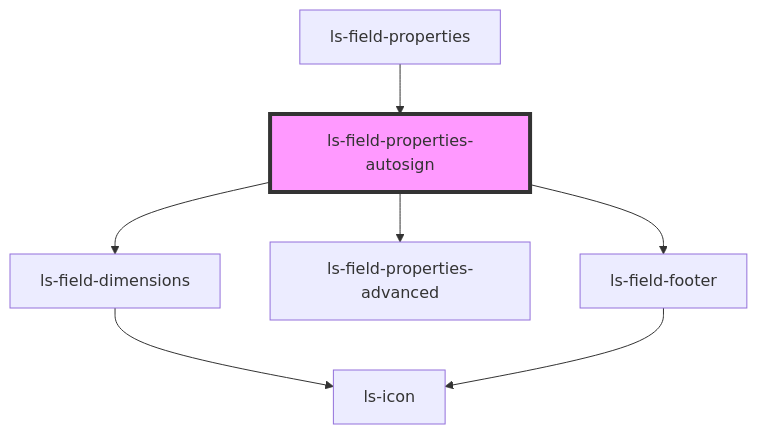
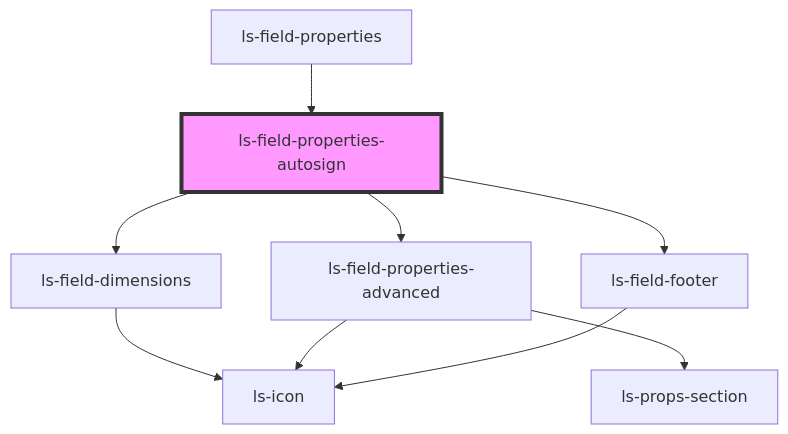
Before and after one commit to legalesign/ls-document-viewer: the diagram in src/components/ls-field-properties-autosign/readme.md, drawn with Mermaid. The commit also changed 31 other files, not shown here.

````diff
--- a/src/components/ls-field-properties-autosign/readme.md
+++ b/src/components/ls-field-properties-autosign/readme.md
@@ -28,10 +28,12 @@
 ```mermaid
 graph TD;
   ls-field-properties-autosign --> ls-field-dimensions
   ls-field-properties-autosign --> ls-field-properties-advanced
   ls-field-properties-autosign --> ls-field-footer
   ls-field-dimensions --> ls-icon
+  ls-field-properties-advanced --> ls-icon
+  ls-field-properties-advanced --> ls-props-section
   ls-field-footer --> ls-icon
   ls-field-properties --> ls-field-properties-autosign
   style ls-field-properties-autosign fill:#f9f,stroke:#333,stroke-width:4px
 ```
````
